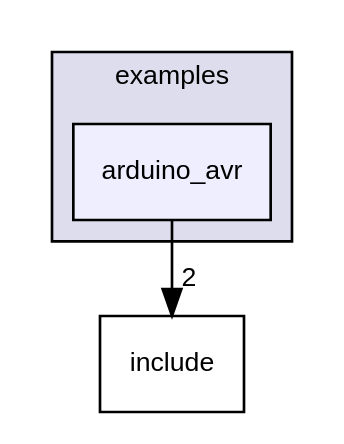
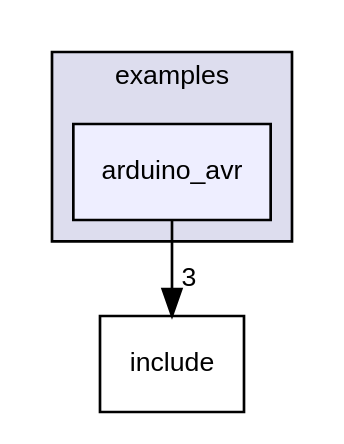
One commit to CTXz/TinyWS2812 changed the diagram in docs/dir_03d0435b9536f16a60e5ac83d122b10a_dep.dot. Above: the diagram before and after it, drawn with Graphviz. The commit also changed 99 other files, not shown here.

```diff
--- a/docs/dir_03d0435b9536f16a60e5ac83d122b10a_dep.dot
+++ b/docs/dir_03d0435b9536f16a60e5ac83d122b10a_dep.dot
@@ -1,11 +1,11 @@
 digraph "examples/arduino_avr" {
   compound=true
   node [ fontsize="10", fontname="Helvetica"];
   edge [ labelfontsize="10", labelfontname="Helvetica"];
   subgraph clusterdir_d28a4824dc47e487b107a5db32ef43c4 {
     graph [ bgcolor="#ddddee", pencolor="black", label="examples" fontname="Helvetica", fontsize="10", URL="dir_d28a4824dc47e487b107a5db32ef43c4.html"]
   dir_03d0435b9536f16a60e5ac83d122b10a [shape=box, label="arduino_avr", style="filled", fillcolor="#eeeeff", pencolor="black", URL="dir_03d0435b9536f16a60e5ac83d122b10a.html"];
   }
   dir_d44c64559bbebec7f509842c48db8b23 [shape=box label="include" URL="dir_d44c64559bbebec7f509842c48db8b23.html"];
-  dir_03d0435b9536f16a60e5ac83d122b10a->dir_d44c64559bbebec7f509842c48db8b23 [headlabel="2", labeldistance=1.5 headhref="dir_000001_000003.html"];
+  dir_03d0435b9536f16a60e5ac83d122b10a->dir_d44c64559bbebec7f509842c48db8b23 [headlabel="3", labeldistance=1.5 headhref="dir_000001_000003.html"];
 }
```
